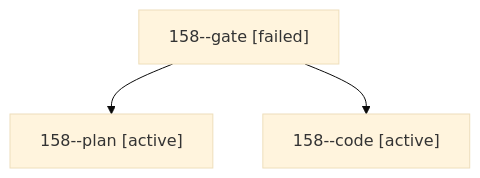
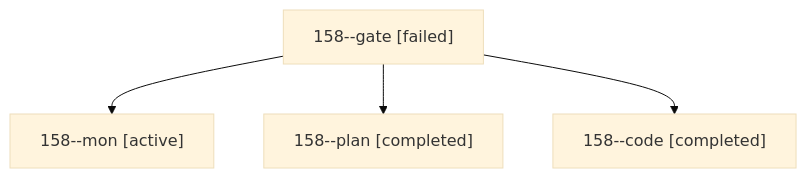
Before and after one commit to bobs-org/bob-cli--agents: the diagram in sessions/bbugyi200.athena.158.md, drawn with Mermaid (base theme). The commit also changed other lines of this file and 40 other files, not shown here.

````diff
--- a/sessions/bbugyi200.athena.158.md
+++ b/sessions/bbugyi200.athena.158.md
@@ -9,8 +9,10 @@
 ```mermaid
 flowchart TD
   n0["158--gate [failed]"]
-  n1["158--plan [active]"]
+  n1["158--mon [active]"]
   n0 --> n1
-  n2["158--code [active]"]
+  n2["158--plan [completed]"]
   n0 --> n2
+  n3["158--code [completed]"]
+  n0 --> n3
 ```
````
